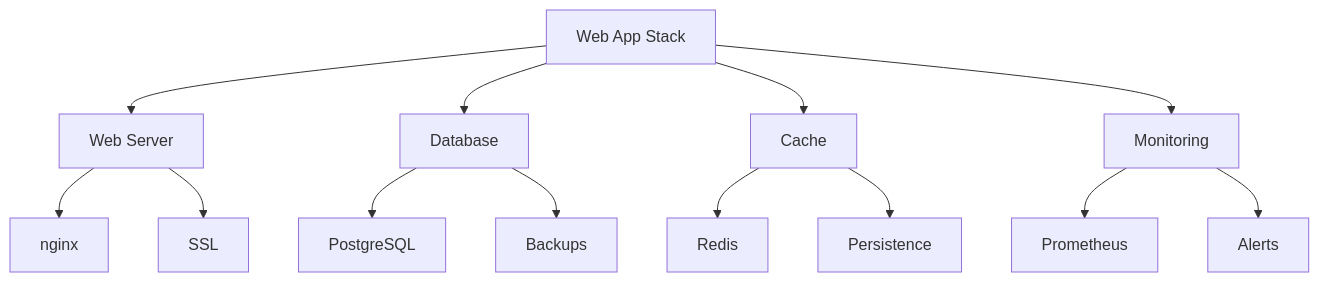
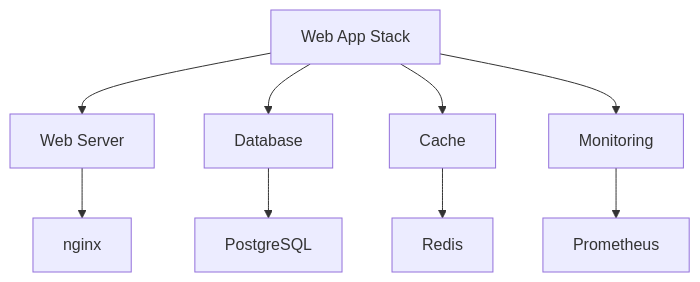
The diagram in docs/guides/nixamples/03-composition/README.md (Hydepwns/nix-mox), drawn with Mermaid before and after one commit. The commit also changed other lines of this file and 145 other files, not shown here.

````diff
--- a/docs/guides/nixamples/03-composition/README.md
+++ b/docs/guides/nixamples/03-composition/README.md
@@ -5,15 +5,11 @@
 ```mermaid
 graph TD
     A[Web App Stack] --> B[Web Server]
     A --> C[Database]
     A --> D[Cache]
     A --> E[Monitoring]
     B --> F[nginx]
     C --> G[PostgreSQL]
     D --> H[Redis]
     E --> I[Prometheus]
-    B --> J[SSL]
-    C --> K[Backups]
-    D --> L[Persistence]
-    E --> M[Alerts]
 ```
````
